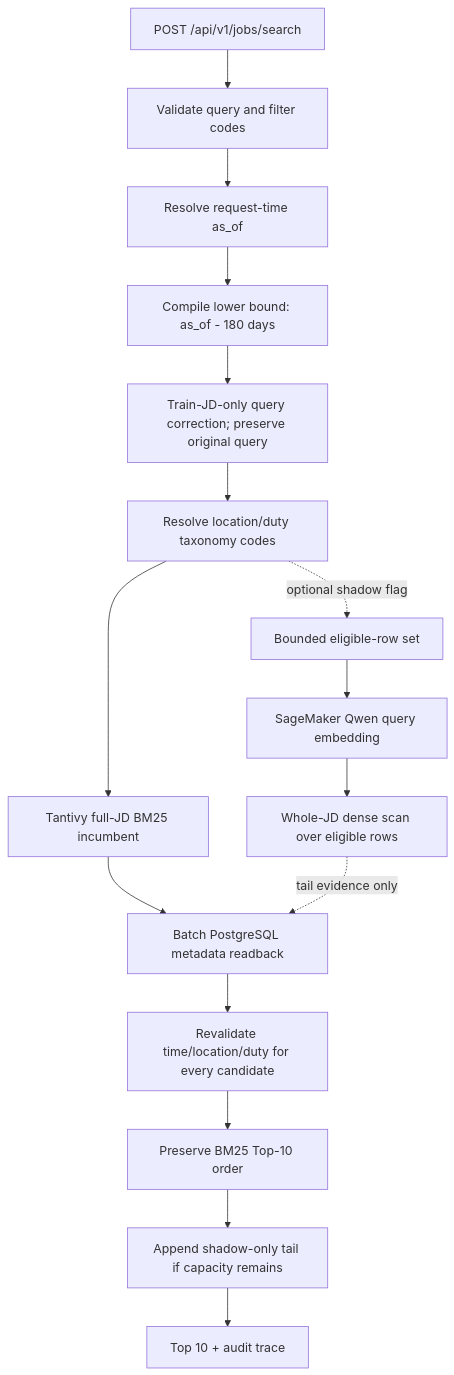
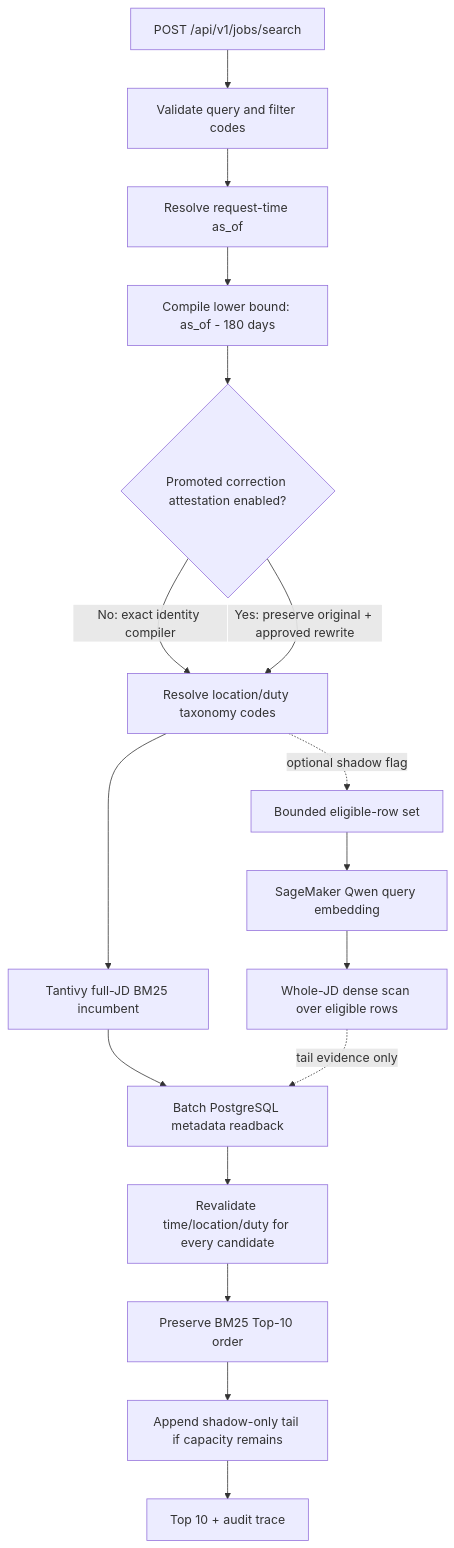
Before and after one commit to TakalaWang/1111-work-retrieval: the diagram in docs/architecture.md, drawn with Mermaid. The commit also changed other lines of this file and 13 other files, not shown here.

Commit message:
fix: bound graph extraction and decouple lexical baseline

````diff
--- a/docs/architecture.md
+++ b/docs/architecture.md
@@ -9,18 +9,19 @@
 ```mermaid
 flowchart TD
     A["POST /api/v1/jobs/search"] --> B["Validate query and filter codes"]
     B --> C["Resolve request-time as_of"]
     C --> D["Compile lower bound: as_of - 180 days"]
-    D --> E["Train-JD-only query correction; preserve original query"]
-    E --> F0["Resolve location/duty taxonomy codes"]
+    D --> E{"Promoted correction attestation enabled?"}
+    E -->|"No: exact identity compiler"| F0["Resolve location/duty taxonomy codes"]
+    E -->|"Yes: preserve original + approved rewrite"| F0
     F0 --> F["Tantivy full-JD BM25 incumbent"]
     F0 -. "optional shadow flag" .-> G["Bounded eligible-row set"]
     G --> H["SageMaker Qwen query embedding"]
     H --> I["Whole-JD dense scan over eligible rows"]
     F --> J["Batch PostgreSQL metadata readback"]
     I -. "tail evidence only" .-> J
     J --> K["Revalidate time/location/duty for every candidate"]
     K --> L["Preserve BM25 Top-10 order"]
     L --> M["Append shadow-only tail if capacity remains"]
     M --> N["Top 10 + audit trace"]
 ```
````
